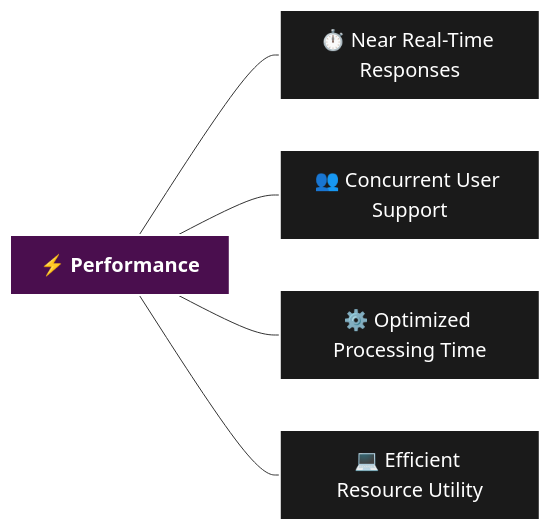
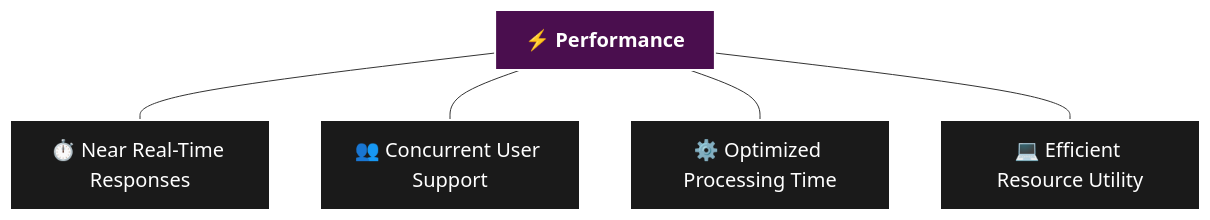
One commit to oubes/ExamAI changed diagram 23 of 47 in docs/system_analysis.md. Above: the diagram before and after it, drawn with Mermaid. The commit also changed other lines of this file, not shown here.

````diff
--- a/docs/system_analysis.md
+++ b/docs/system_analysis.md
@@ -527,12 +541,12 @@
 ```mermaid
-graph LR
+graph TD
     classDef darkNode fill:#1a1a1a,stroke:#fff,stroke-width:2px,color:#fff,font-size:20px;
 
     A[⚡ Performance] --- B[⏱️ Near Real-Time Responses]
     A --- C[👥 Concurrent User Support]
     A --- D[⚙️ Optimized Processing Time]
     A --- E[💻 Efficient Resource Utility]
 
     class A,B,C,D,E darkNode;
     style A fill:#4A0E4E,stroke:#fff,font-weight:bold
 ```
````
